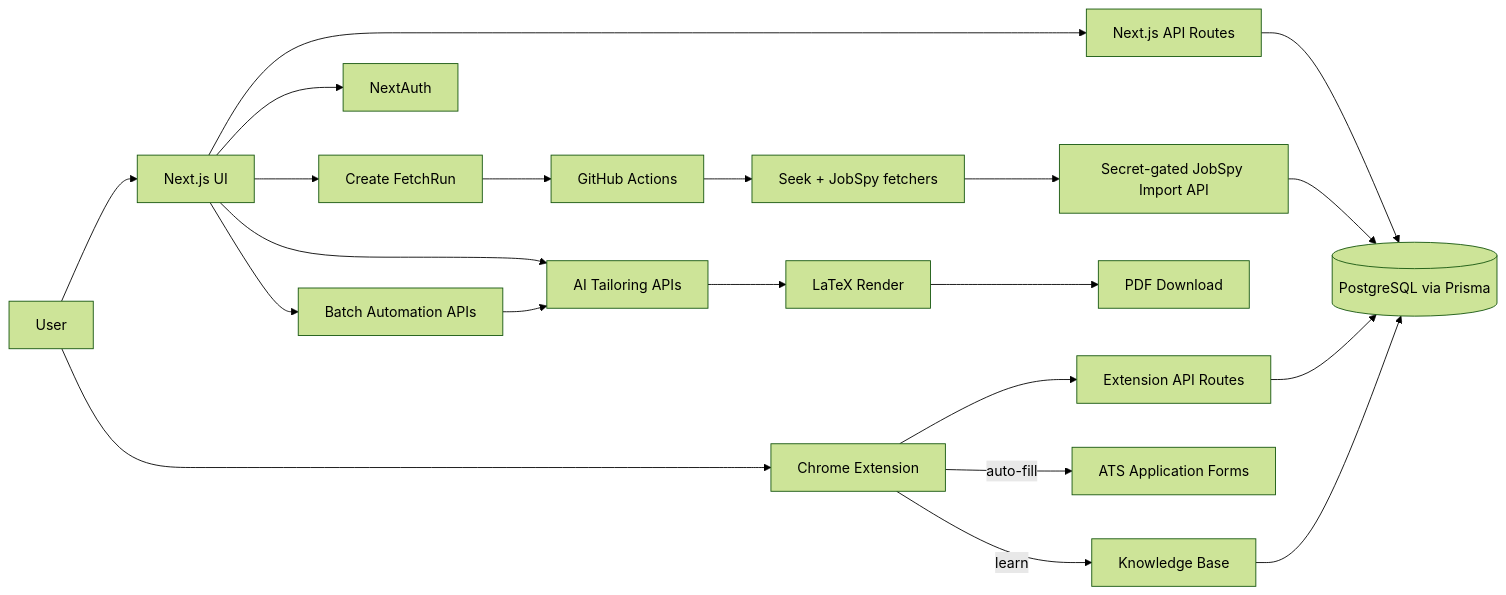
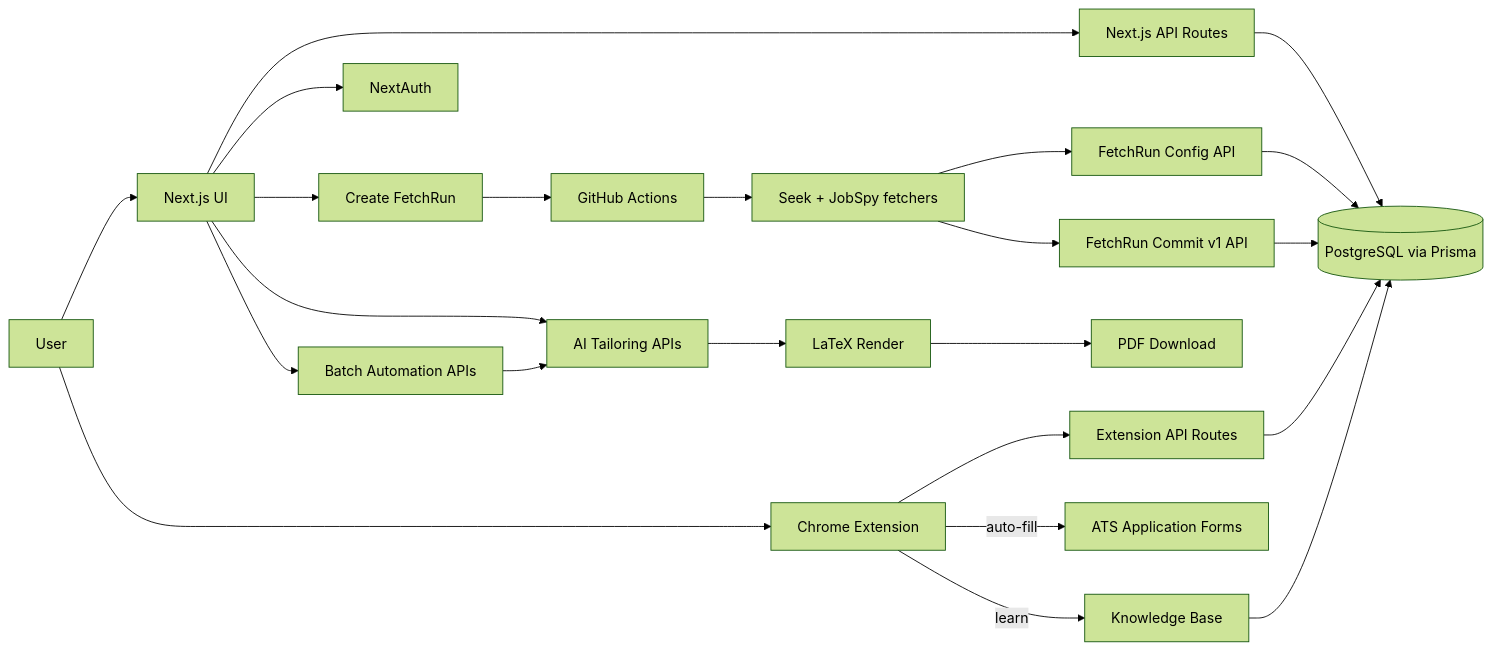
The diagram in README.md (ShousenZHANG/joblit), drawn with Mermaid (forest theme) before and after one commit. The commit also changed other lines of this file and 78 other files, not shown here.

````diff
--- a/README.md
+++ b/README.md
@@ -265,28 +269,30 @@
 ```mermaid
 flowchart LR
   U[User] --> FE[Next.js UI]
   U --> EXT[Chrome Extension]
 
   FE --> API[Next.js API Routes]
   API --> DB[(PostgreSQL via Prisma)]
   FE --> AUTH[NextAuth]
 
   EXT --> EXTAPI[Extension API Routes]
   EXTAPI --> DB
   EXT -->|auto-fill| ATS[ATS Application Forms]
   EXT -->|learn| KB[Knowledge Base]
   KB --> DB
 
   FE --> FR[Create FetchRun]
   FR --> GH[GitHub Actions]
   GH --> PY[Seek + JobSpy fetchers]
-  PY --> IMP[Secret-gated JobSpy Import API]
-  IMP --> DB
+  PY --> CFG[FetchRun Config API]
+  PY --> COMMIT[FetchRun Commit v1 API]
+  CFG --> DB
+  COMMIT --> DB
 
   FE --> AIPATH[AI Tailoring APIs]
   AIPATH --> PDF[LaTeX Render]
   PDF --> DL[PDF Download]
 
   FE --> BATCH[Batch Automation APIs]
   BATCH --> AIPATH
 ```
````
